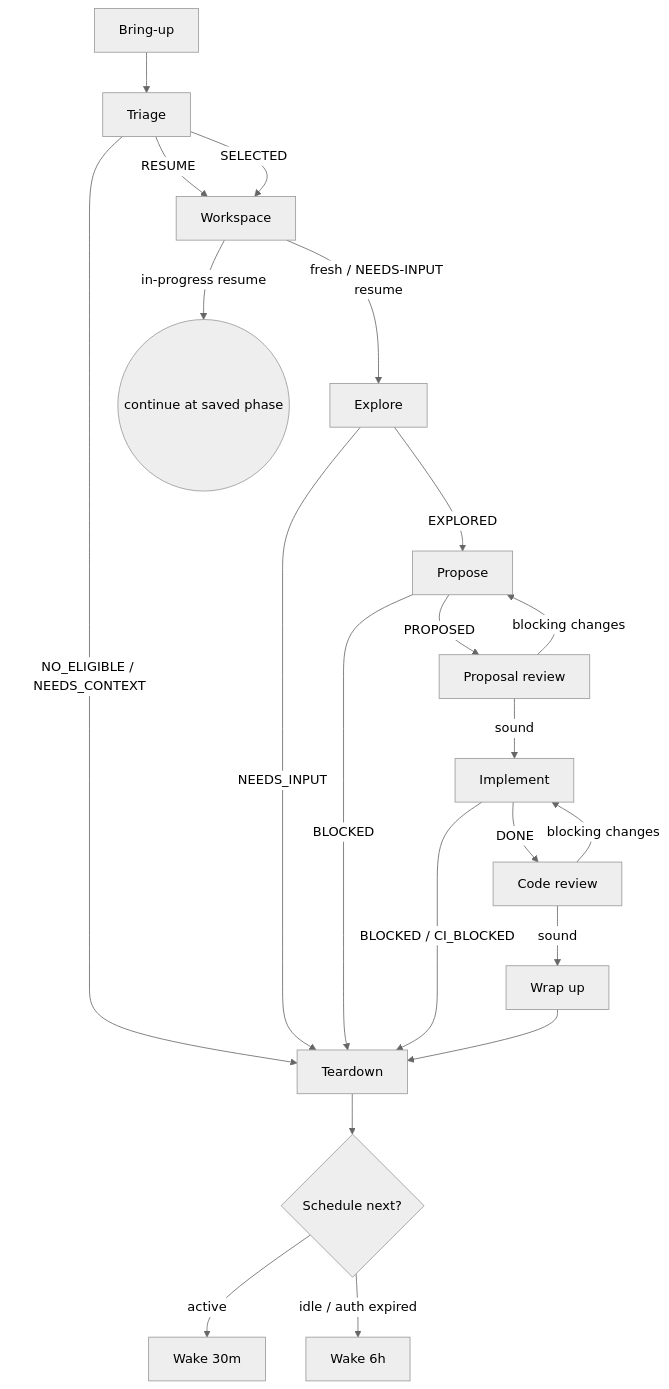
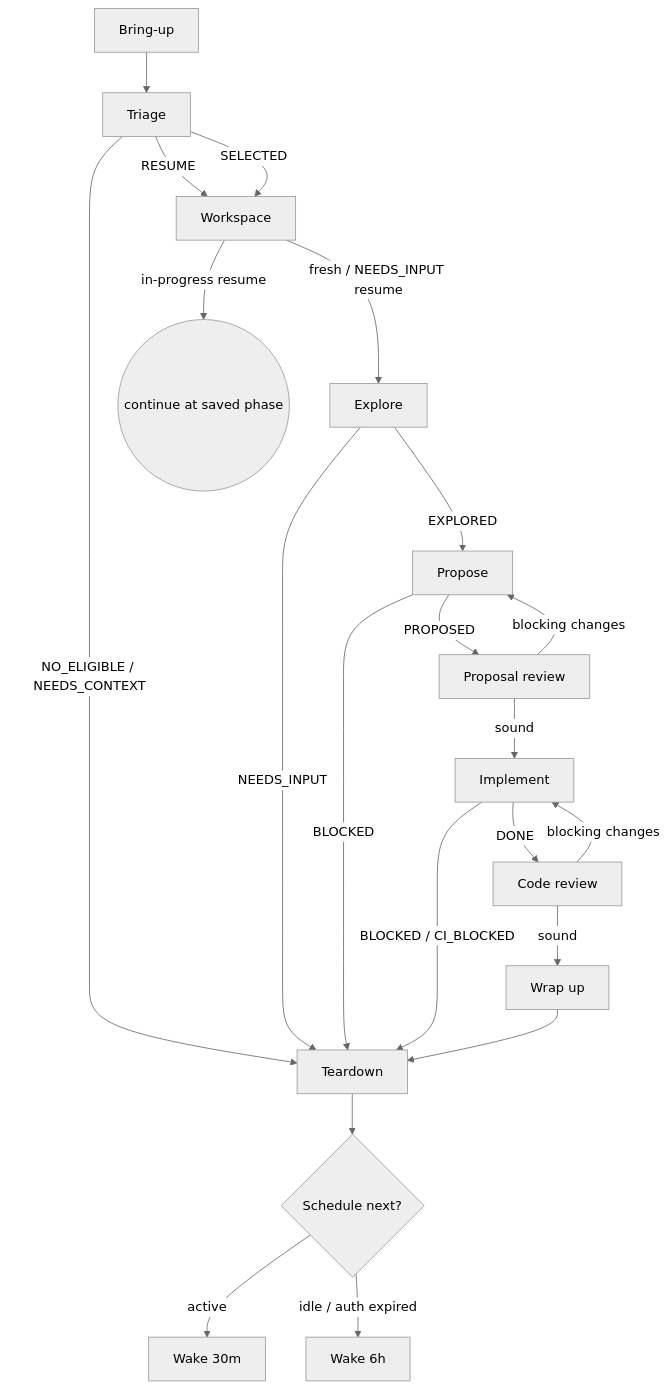
The diagram in skill/openspec-auto/SKILL.md (dafrick/openspec-auto), drawn with Mermaid (neutral theme) before and after one commit. The commit also changed other lines of this file and 21 other files, not shown here.

````diff
--- a/skill/openspec-auto/SKILL.md
+++ b/skill/openspec-auto/SKILL.md
@@ -13,28 +13,28 @@
 ```mermaid
 flowchart TD
     B[Bring-up] --> T[Triage]
 
     T -->|RESUME| W[Workspace]
     T -->|SELECTED| W
     T -->|NO_ELIGIBLE / NEEDS_CONTEXT| Z[Teardown]
 
-    W -->|fresh / NEEDS-INPUT resume| E[Explore]
+    W -->|fresh / NEEDS_INPUT resume| E[Explore]
     W -->|in-progress resume| RJ((continue at saved phase))
     E -->|EXPLORED| P[Propose]
     E -->|NEEDS_INPUT| Z
 
     P -->|PROPOSED| PV[Proposal review]
     P -->|BLOCKED| Z
     PV -->|sound| I[Implement]
     PV -->|blocking changes| P
     I -->|DONE| V[Code review]
     I -->|BLOCKED / CI_BLOCKED| Z
 
     V -->|sound| F[Wrap up]
     V -->|blocking changes| I
 
     F --> Z
     Z --> S{Schedule next?}
     S -->|active| K[Wake 30m]
     S -->|idle / auth expired| L[Wake 6h]
 ```
````
